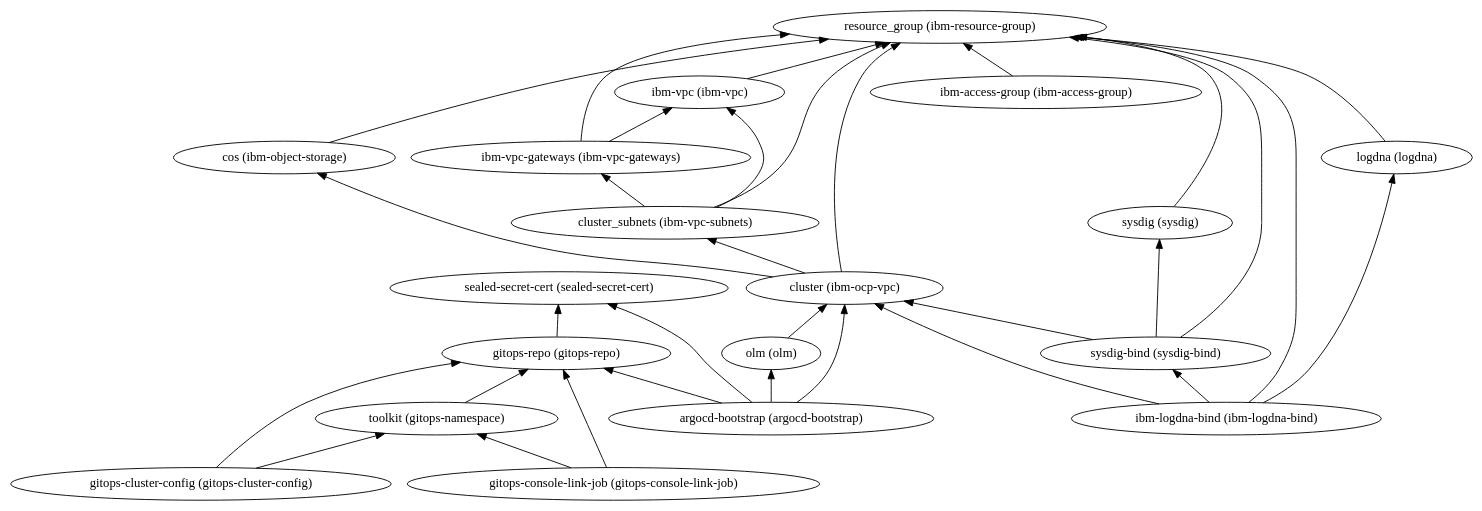
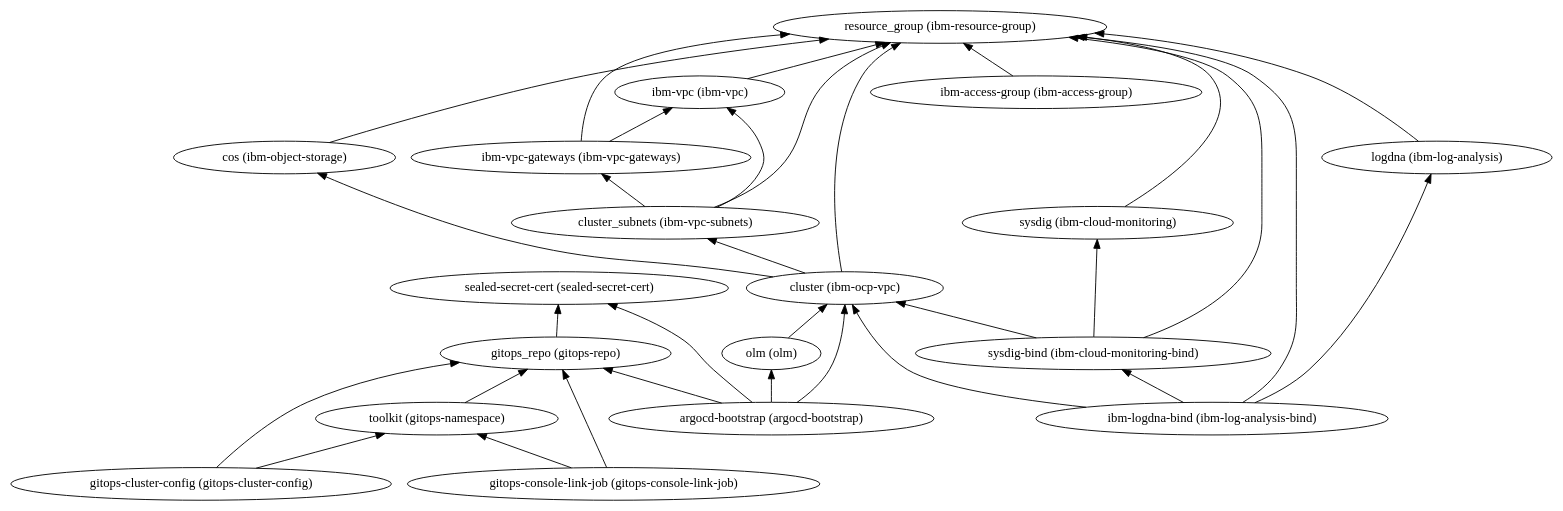
One commit to IBM/automation-ibmcloud-infra-openshift changed the diagram in automation/1-quickstart/110-vpc-openshift/dependencies.dot. Above: the diagram before and after it, drawn with Graphviz. The commit also changed 17 other files, not shown here.

```diff
--- a/automation/1-quickstart/110-vpc-openshift/dependencies.dot
+++ b/automation/1-quickstart/110-vpc-openshift/dependencies.dot
@@ -1,52 +1,52 @@
 digraph {
     rankdir="BT"
     "argocd-bootstrap (argocd-bootstrap)" -> "cluster (ibm-ocp-vpc)"
 "argocd-bootstrap (argocd-bootstrap)" -> "olm (olm)"
-"argocd-bootstrap (argocd-bootstrap)" -> "gitops-repo (gitops-repo)"
+"argocd-bootstrap (argocd-bootstrap)" -> "gitops_repo (gitops-repo)"
 "argocd-bootstrap (argocd-bootstrap)" -> "sealed-secret-cert (sealed-secret-cert)"
 "argocd-bootstrap (argocd-bootstrap)"
 "cluster (ibm-ocp-vpc)" -> "resource_group (ibm-resource-group)"
 "cluster (ibm-ocp-vpc)" -> "cos (ibm-object-storage)"
 "cluster (ibm-ocp-vpc)" -> "cluster_subnets (ibm-vpc-subnets)"
 "cluster (ibm-ocp-vpc)"
 "resource_group (ibm-resource-group)"
 "cos (ibm-object-storage)" -> "resource_group (ibm-resource-group)"
 "cos (ibm-object-storage)"
 "cluster_subnets (ibm-vpc-subnets)" -> "resource_group (ibm-resource-group)"
 "cluster_subnets (ibm-vpc-subnets)" -> "ibm-vpc (ibm-vpc)"
 "cluster_subnets (ibm-vpc-subnets)" -> "ibm-vpc-gateways (ibm-vpc-gateways)"
 "cluster_subnets (ibm-vpc-subnets)"
 "ibm-vpc (ibm-vpc)" -> "resource_group (ibm-resource-group)"
 "ibm-vpc (ibm-vpc)"
 "ibm-vpc-gateways (ibm-vpc-gateways)" -> "resource_group (ibm-resource-group)"
 "ibm-vpc-gateways (ibm-vpc-gateways)" -> "ibm-vpc (ibm-vpc)"
 "ibm-vpc-gateways (ibm-vpc-gateways)"
 "olm (olm)" -> "cluster (ibm-ocp-vpc)"
 "olm (olm)"
-"gitops-repo (gitops-repo)" -> "sealed-secret-cert (sealed-secret-cert)"
-"gitops-repo (gitops-repo)"
+"gitops_repo (gitops-repo)" -> "sealed-secret-cert (sealed-secret-cert)"
+"gitops_repo (gitops-repo)"
 "sealed-secret-cert (sealed-secret-cert)"
-"gitops-cluster-config (gitops-cluster-config)" -> "gitops-repo (gitops-repo)"
+"gitops-cluster-config (gitops-cluster-config)" -> "gitops_repo (gitops-repo)"
 "gitops-cluster-config (gitops-cluster-config)" -> "toolkit (gitops-namespace)"
 "gitops-cluster-config (gitops-cluster-config)"
-"toolkit (gitops-namespace)" -> "gitops-repo (gitops-repo)"
+"toolkit (gitops-namespace)" -> "gitops_repo (gitops-repo)"
 "toolkit (gitops-namespace)"
-"gitops-console-link-job (gitops-console-link-job)" -> "gitops-repo (gitops-repo)"
+"gitops-console-link-job (gitops-console-link-job)" -> "gitops_repo (gitops-repo)"
 "gitops-console-link-job (gitops-console-link-job)" -> "toolkit (gitops-namespace)"
 "gitops-console-link-job (gitops-console-link-job)"
 "ibm-access-group (ibm-access-group)" -> "resource_group (ibm-resource-group)"
 "ibm-access-group (ibm-access-group)"
-"sysdig-bind (sysdig-bind)" -> "cluster (ibm-ocp-vpc)"
-"sysdig-bind (sysdig-bind)" -> "resource_group (ibm-resource-group)"
-"sysdig-bind (sysdig-bind)" -> "sysdig (sysdig)"
-"sysdig-bind (sysdig-bind)"
-"sysdig (sysdig)" -> "resource_group (ibm-resource-group)"
-"sysdig (sysdig)"
-"ibm-logdna-bind (ibm-logdna-bind)" -> "cluster (ibm-ocp-vpc)"
-"ibm-logdna-bind (ibm-logdna-bind)" -> "resource_group (ibm-resource-group)"
-"ibm-logdna-bind (ibm-logdna-bind)" -> "logdna (logdna)"
-"ibm-logdna-bind (ibm-logdna-bind)" -> "sysdig-bind (sysdig-bind)"
-"ibm-logdna-bind (ibm-logdna-bind)"
-"logdna (logdna)" -> "resource_group (ibm-resource-group)"
-"logdna (logdna)"
+"sysdig-bind (ibm-cloud-monitoring-bind)" -> "cluster (ibm-ocp-vpc)"
+"sysdig-bind (ibm-cloud-monitoring-bind)" -> "resource_group (ibm-resource-group)"
+"sysdig-bind (ibm-cloud-monitoring-bind)" -> "sysdig (ibm-cloud-monitoring)"
+"sysdig-bind (ibm-cloud-monitoring-bind)"
+"sysdig (ibm-cloud-monitoring)" -> "resource_group (ibm-resource-group)"
+"sysdig (ibm-cloud-monitoring)"
+"ibm-logdna-bind (ibm-log-analysis-bind)" -> "cluster (ibm-ocp-vpc)"
+"ibm-logdna-bind (ibm-log-analysis-bind)" -> "resource_group (ibm-resource-group)"
+"ibm-logdna-bind (ibm-log-analysis-bind)" -> "logdna (ibm-log-analysis)"
+"ibm-logdna-bind (ibm-log-analysis-bind)" -> "sysdig-bind (ibm-cloud-monitoring-bind)"
+"ibm-logdna-bind (ibm-log-analysis-bind)"
+"logdna (ibm-log-analysis)" -> "resource_group (ibm-resource-group)"
+"logdna (ibm-log-analysis)"
   }
```
